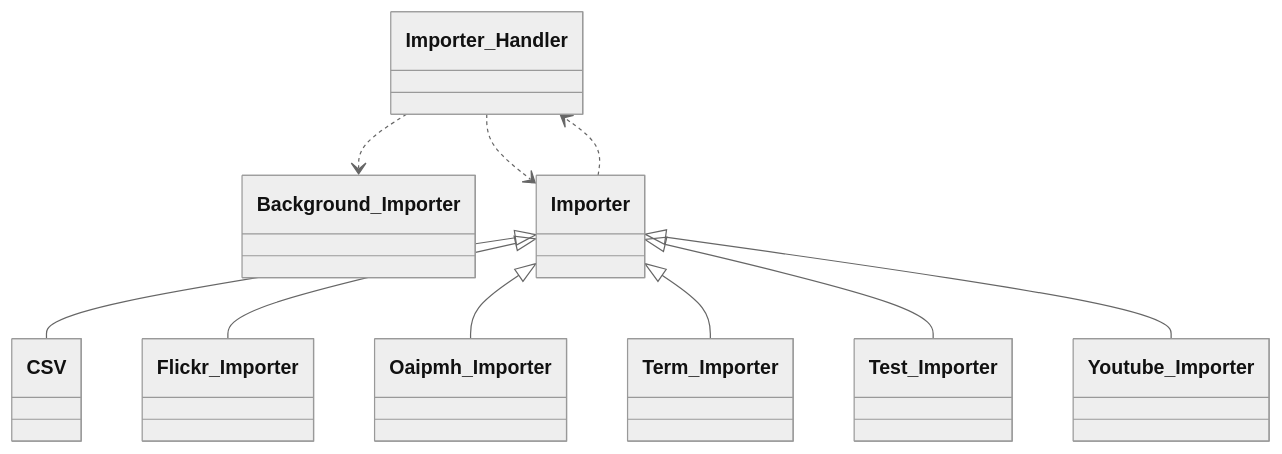
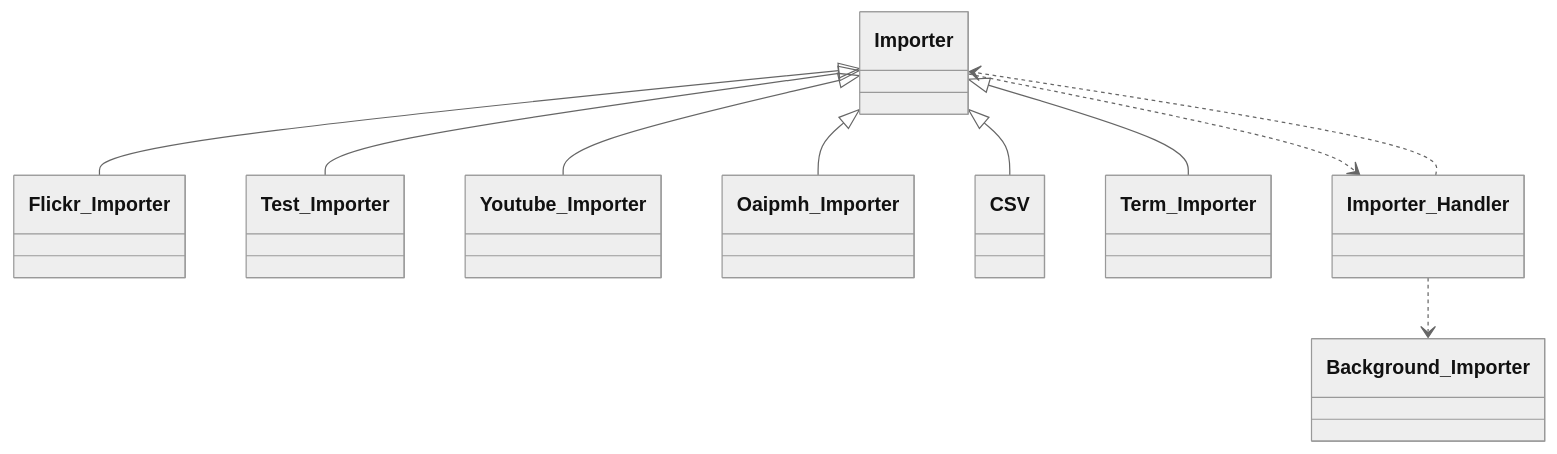
Before and after one commit to tainacan/tainacan: the eighth of 13 diagrams in docs/phpdoc/Home.md, drawn with Mermaid (neutral theme). The commit also changed other lines of this file and 112 other files, not shown here.

````diff
--- a/docs/phpdoc/Home.md
+++ b/docs/phpdoc/Home.md
@@ -551,22 +551,22 @@
 ```mermaid
 classDiagram
     direction TB
+    class Flickr_Importer { }
+    class Test_Importer { }
+    class Importer { }
+    class Background_Importer { }
+    class Youtube_Importer { }
     class Oaipmh_Importer { }
-    class Background_Importer { }
+    class CSV { }
+    class Term_Importer { }
     class Importer_Handler { }
-    class CSV { }
-    class Flickr_Importer { }
-    class Term_Importer { }
-    class Test_Importer { }
-    class Youtube_Importer { }
-    class Importer { }
     Importer ..> Importer_Handler
     Importer <|-- CSV
     Importer <|-- Flickr_Importer
     Importer <|-- Oaipmh_Importer
     Importer <|-- Term_Importer
     Importer <|-- Test_Importer
     Importer <|-- Youtube_Importer
     Importer_Handler ..> Background_Importer
     Importer_Handler ..> Importer
 ```
````
